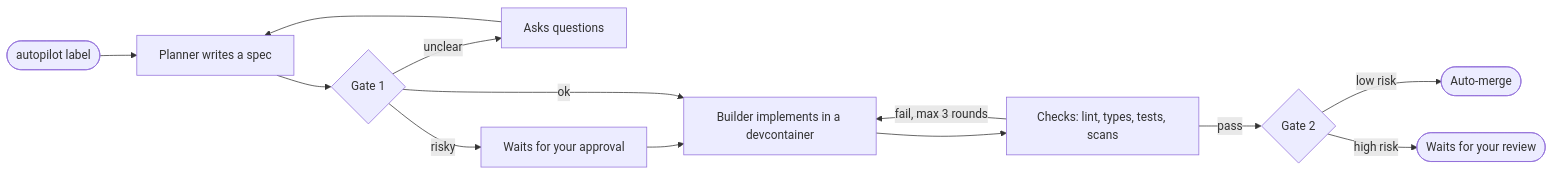
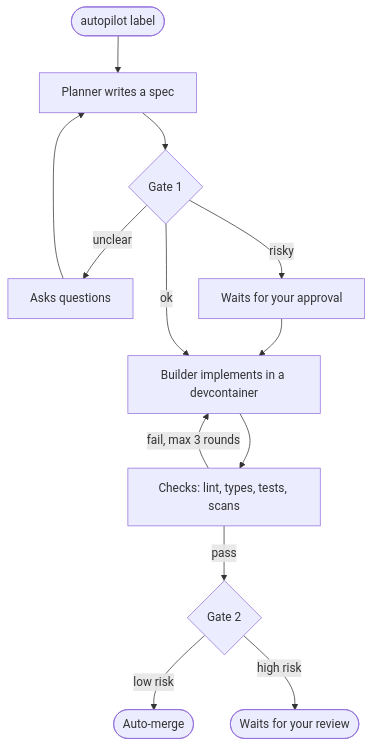
The diagram in README.md (marcaureln/autopilot), drawn with Mermaid before and after one commit. The commit also changed other lines of this file, not shown here.

````diff
--- a/README.md
+++ b/README.md
@@ -17,13 +17,13 @@
 ```mermaid
-flowchart LR
+flowchart TB
     A([autopilot label]) --> S[Planner writes a spec]
     S --> G1{Gate 1}
     G1 -- unclear --> Q[Asks questions] --> S
     G1 -- risky --> P[Waits for your approval] --> B
     G1 -- ok --> B[Builder implements in a devcontainer]
     B --> C[Checks: lint, types, tests, scans]
     C -- fail, max 3 rounds --> B
     C -- pass --> G2{Gate 2}
     G2 -- low risk --> M([Auto-merge])
     G2 -- high risk --> R([Waits for your review])
 ```
````
